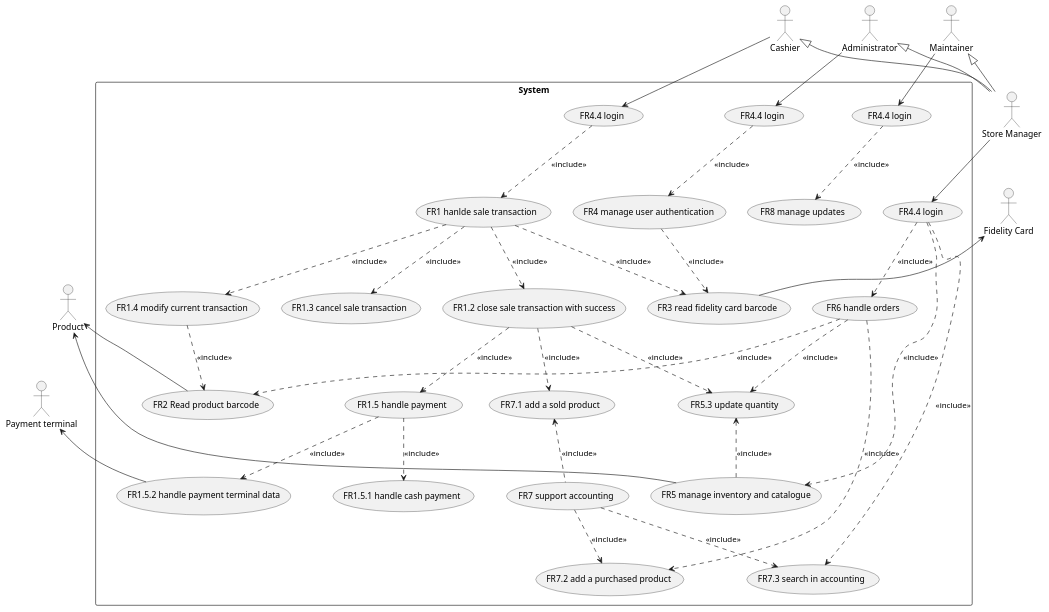
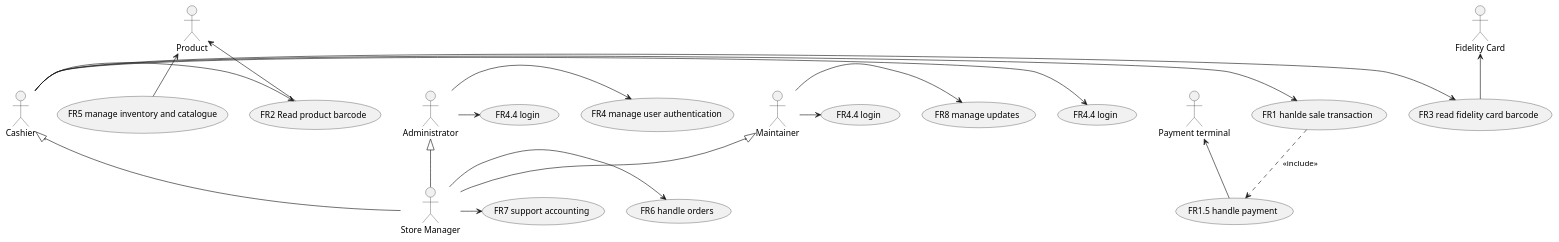
The second of 5 diagrams in MARKDOWN/RequirementsDocument.md (Luca-Dalmasso/Miscellaneus), drawn with PlantUML before and after one commit. The commit also changed other lines of this file, not shown here.

Commit message:
fix: correction of some mistakes in requirements: 1) cash removed from stakeholders, 2)internet removed from interfaces (not an actor), 3)context diagram now shows all actors' relations, 4)UC diagram is no more treated as 'temporal logic diagram', 5)Glossary: removed redundant link between transaction and role

````diff
--- a/MARKDOWN/RequirementsDocument.md
+++ b/MARKDOWN/RequirementsDocument.md
@@ -275,74 +279,52 @@
 ```plantuml
 
 @startuml
-top to bottom direction
-rectangle System {
+
   (FR4.4 login) as (CASHERLOGIN)
-  (FR4.4 login) as (SMLOGIN)
   (FR4.4 login) as (ADMINLOGIN)
   (FR4.4 login) as (MAINTEINERLOGIN)
   (FR1 hanlde sale transaction) as (FR1)
-  (FR1.2 close sale transaction with success) as (FR1.2)
-  (FR1.3 cancel sale transaction) as (FR1.3)
-  (FR1.4 modify current transaction) as (FR1.4)
   (FR1.5 handle payment) as (FR1.5)
-  (FR1.5.1 handle cash payment) as (FR1.5.1)
-  (FR1.5.2 handle payment terminal data) as (FR1.5.2)
+ 
   (FR2 Read product barcode) as (FR2)
   (FR3 read fidelity card barcode) as (FR3)
   (FR4 manage user authentication) as (FR4)
   (FR5 manage inventory and catalogue) as (FR5)
-  (FR5.3 update quantity) as (FR5.3)
   (FR6 handle orders) as (FR6)
   (FR7 support accounting) as (FR7)
-  (FR7.1 add a sold product) as (FR7.1)
-  (FR7.2 add a purchased product) as (FR7.2)
-  (FR7.3 search in accounting) as (FR7.3)
   (FR8 manage updates) as (FR8)
 
-  (CASHERLOGIN) ..> (FR1) :<<include>>
-  (ADMINLOGIN) ..> (FR4) :<<include>>
-  (MAINTEINERLOGIN) ..> (FR8) :<<include>>
-  (SMLOGIN) ..> (FR5) :<<include>>
-  (SMLOGIN) ..> (FR6) :<<include>>
-  (SMLOGIN) ..> (FR7.3) :<<include>>
-  (FR1) ..> (FR1.2) :<<include>>
-    (FR1.2) ..> (FR1.5) :<<include>>
-      (FR1.5) ..> (FR1.5.1) :<<include>>
-      (FR1.5) ..> (FR1.5.2) :<<include>>
-    (FR1.2) ..> (FR5.3) :<<include>>
-      (FR5.3) <.. (FR5) :<<include>>
-    (FR1.2) ..> (FR7.1) :<<include>>
-      (FR7.1) <.. (FR7) :<<include>>
-  (FR1) ..> (FR1.3) :<<include>>
-  (FR1) ..> (FR1.4) :<<include>>
-    (FR1.4) ..> (FR2) :<<include>>
-  (FR1) ..> (FR3) :<<include>>
-  (FR4) ..> (FR3) :<<include>>
-  (FR6) ..> (FR2) :<<include>>
-  (FR6) ..> (FR5.3) :<<include>>
-  (FR6) ..> (FR7.2) :<<include>>
-  (FR7) ..> (FR7.2) :<<include>>
-  (FR7) ..> (FR7.3) :<<include>>
+  (FR1) ..> (FR1.5) :<<include>>
 
-}
 
 actor "Fidelity Card" as FCARD
 actor "Payment terminal" as PT
 actor "Store Manager" as GOD
 
 Administrator <|-- GOD
 Maintainer <|-- GOD
 Cashier <|-- GOD
-Cashier -d-> (CASHERLOGIN)
-Administrator -d-> (ADMINLOGIN)
-Maintainer -d-> (MAINTEINERLOGIN)
-GOD -d-> (SMLOGIN)
+
+Cashier -> (CASHERLOGIN)
+Cashier -> (FR1)
+Cashier -> (FR2)
+Cashier -> (FR3)
+
+PT <-- (FR1.5)
+
+FCARD <-- (FR3)
+
 Product <-- (FR2)
 Product <-- (FR5)
-FCARD <-- (FR3)
-PT <-- (FR1.5.2)
 
+Administrator -> (ADMINLOGIN)
+Administrator -> (FR4)
+
+Maintainer -> (MAINTEINERLOGIN)
+Maintainer -> (FR8)
+
+GOD -> (FR6)
+GOD -> (FR7)
 @enduml
 
 ```
````
